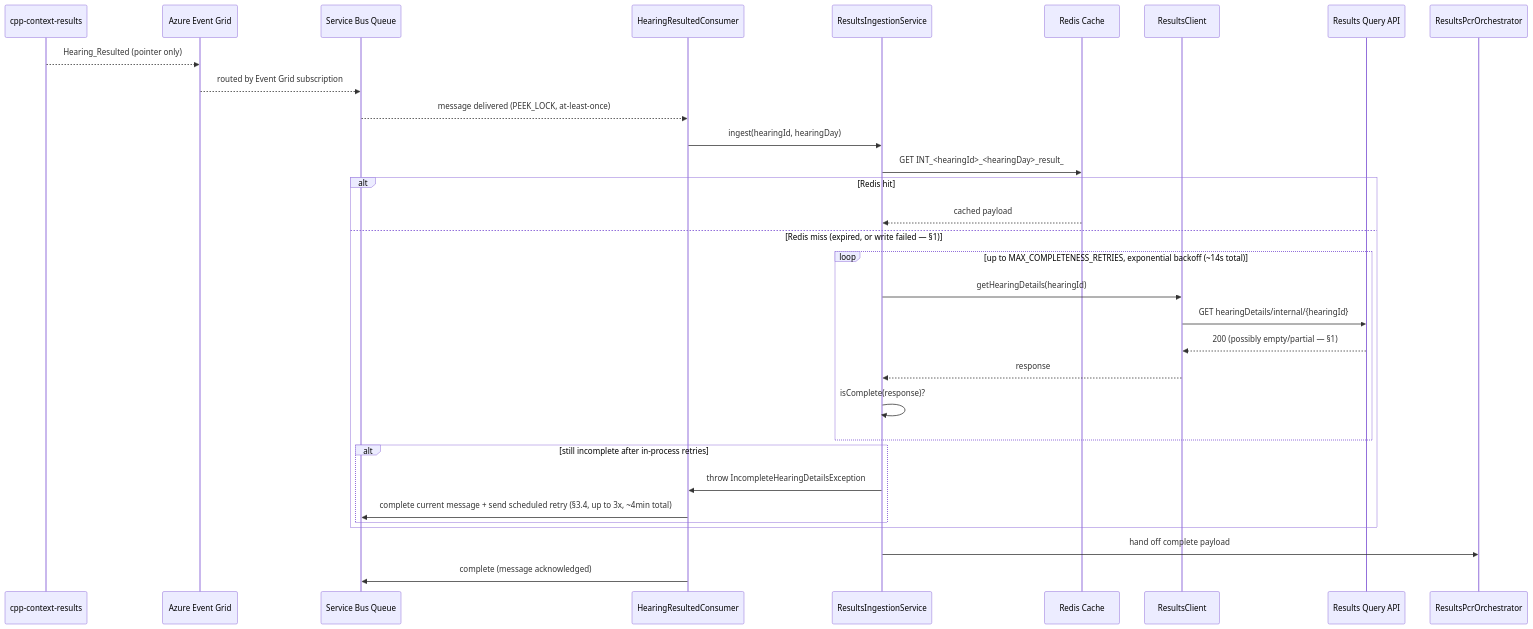
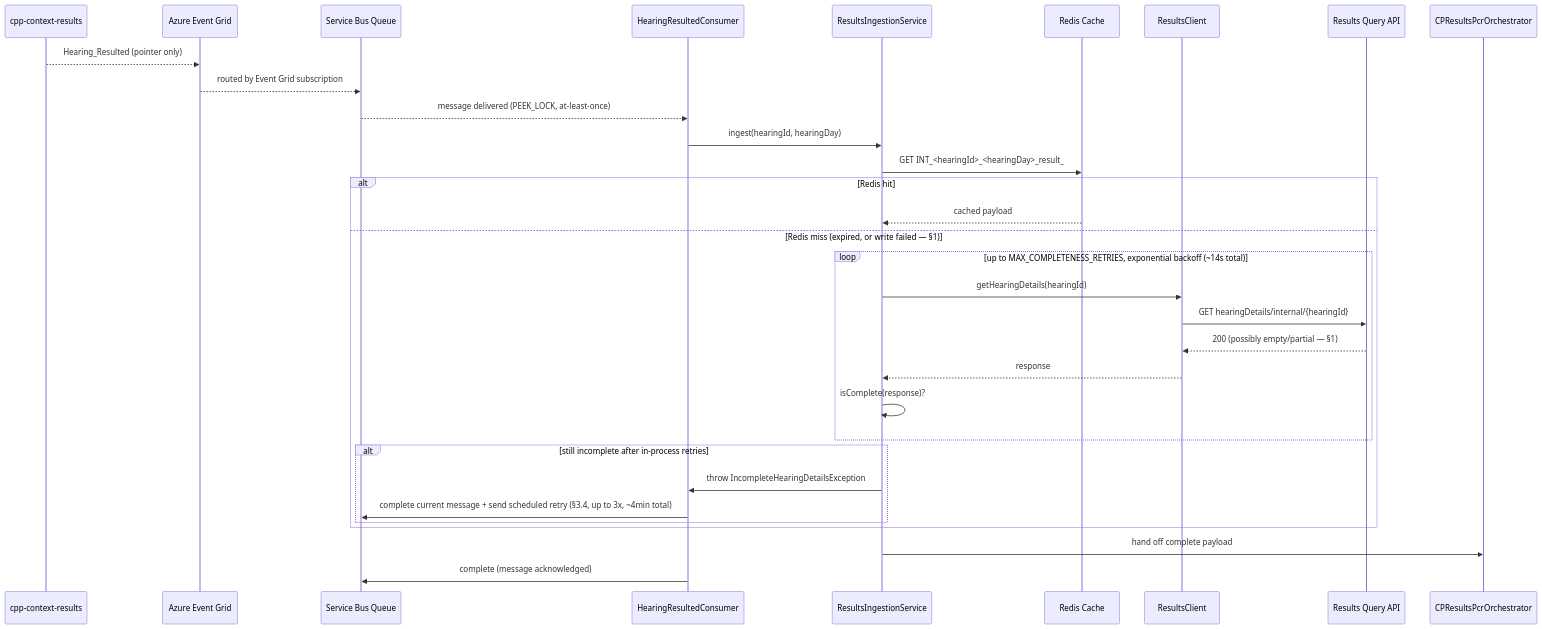
Before and after one commit to hmcts/service-cp-crime-results-pcr: the second of 2 diagrams in docs/designs/2026-07-22-pcr-hearing-event-ingestion-design.md, drawn with Mermaid. The commit also changed other lines of this file and 27 other files, not shown here.

````diff
--- a/docs/designs/2026-07-22-pcr-hearing-event-ingestion-design.md
+++ b/docs/designs/2026-07-22-pcr-hearing-event-ingestion-design.md
@@ -86,38 +86,38 @@
 ```mermaid
 sequenceDiagram
     participant Results as cpp-context-results
     participant Grid as Azure Event Grid
     participant Bus as Service Bus Queue
     participant Consumer as HearingResultedConsumer
     participant Ingestion as ResultsIngestionService
     participant Redis as Redis Cache
     participant RQC as ResultsClient
     participant API as Results Query API
-    participant Downstream as ResultsPcrOrchestrator
+    participant Downstream as CPResultsPcrOrchestrator
 
     Results-->>Grid: Hearing_Resulted (pointer only)
     Grid-->>Bus: routed by Event Grid subscription
     Bus-->>Consumer: message delivered (PEEK_LOCK, at-least-once)
 
     Consumer->>Ingestion: ingest(hearingId, hearingDay)
     Ingestion->>Redis: GET INT_<hearingId>_<hearingDay>_result_
 
     alt Redis hit
         Redis-->>Ingestion: cached payload
     else Redis miss (expired, or write failed — §1)
         loop up to MAX_COMPLETENESS_RETRIES, exponential backoff (~14s total)
             Ingestion->>RQC: getHearingDetails(hearingId)
             RQC->>API: GET hearingDetails/internal/{hearingId}
             API-->>RQC: 200 (possibly empty/partial — §1)
             RQC-->>Ingestion: response
             Ingestion->>Ingestion: isComplete(response)?
         end
         alt still incomplete after in-process retries
             Ingestion->>Consumer: throw IncompleteHearingDetailsException
             Consumer->>Bus: complete current message + send scheduled retry (§3.4, up to 3x, ~4min total)
         end
     end
 
     Ingestion->>Downstream: hand off complete payload
     Consumer->>Bus: complete (message acknowledged)
 ```
````
